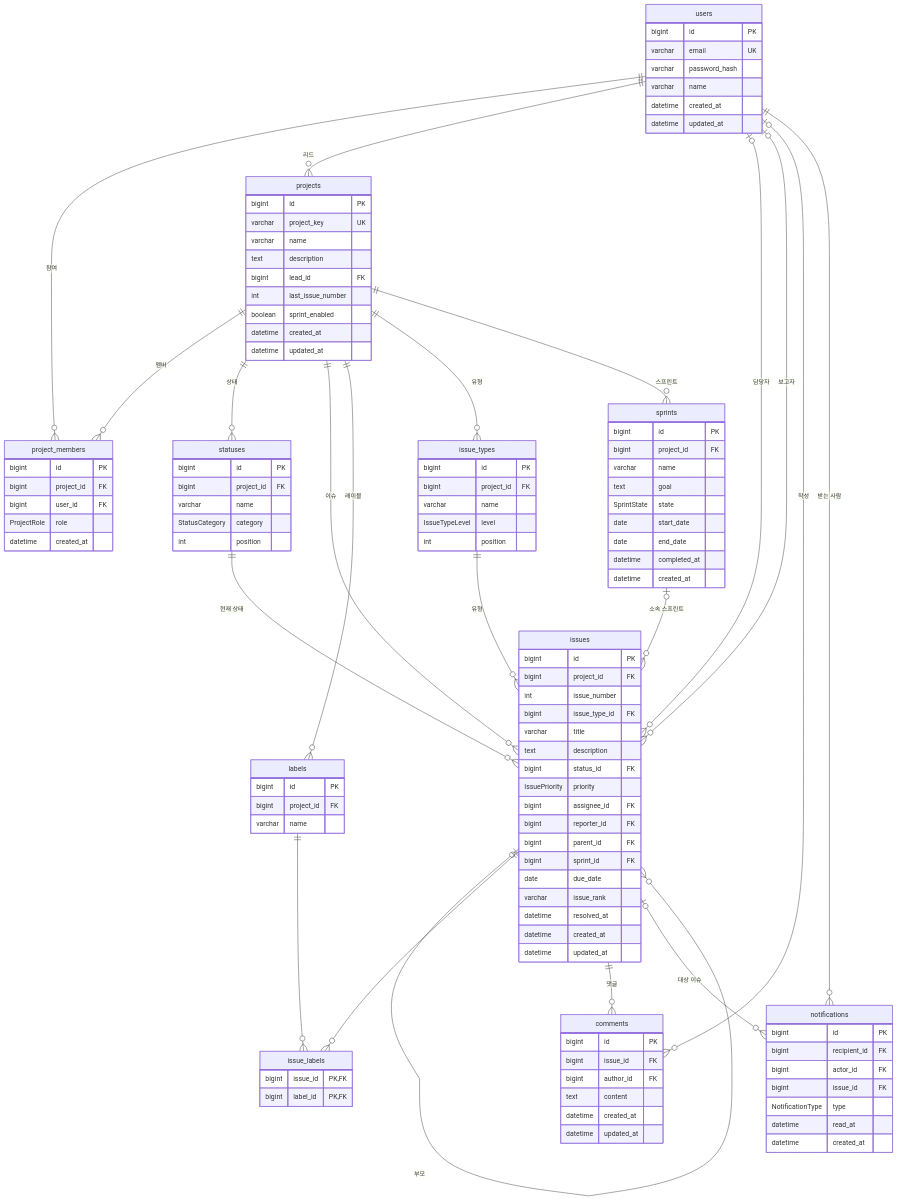
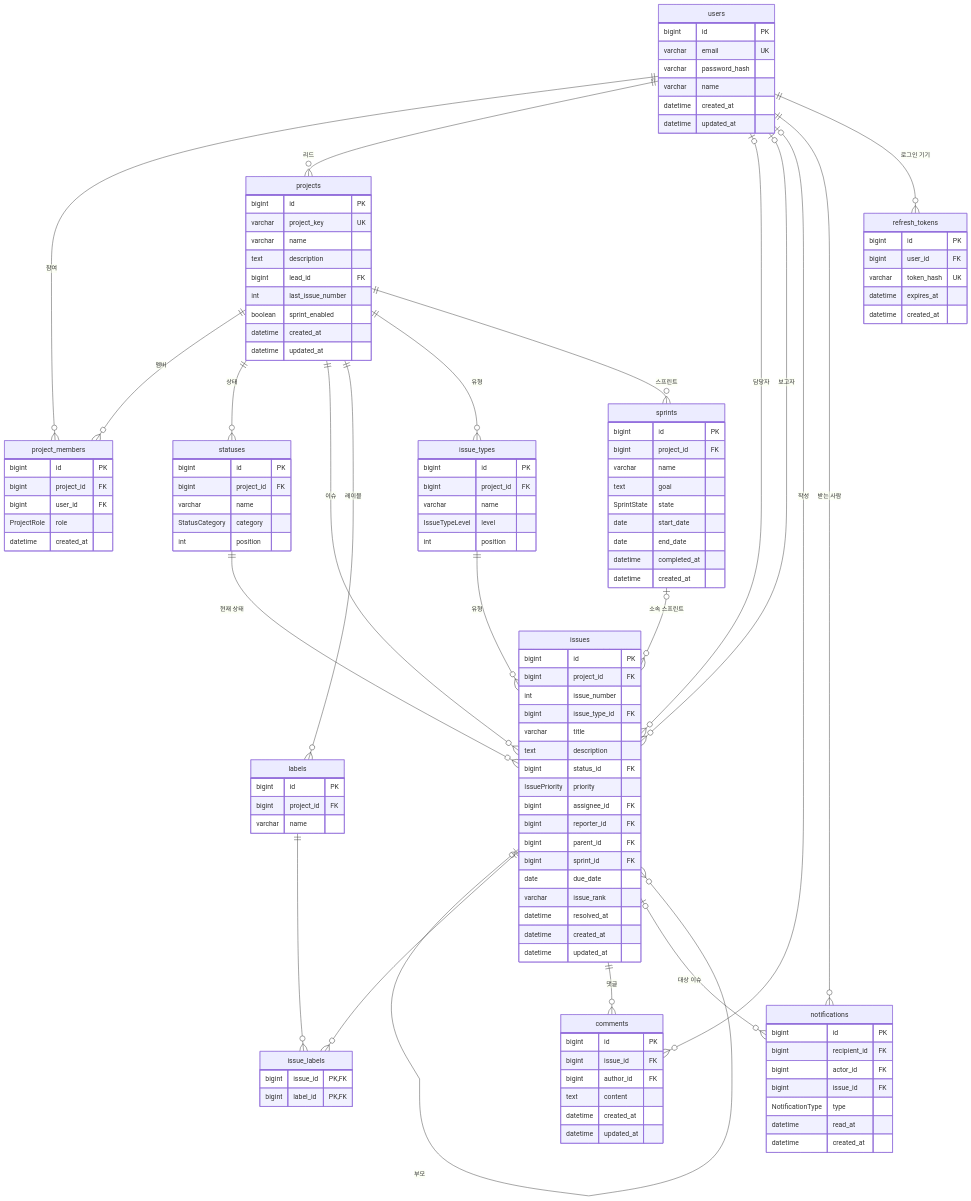
The diagram in docs/design/erd.md (tnscjf3146/scheduler), drawn with Mermaid before and after one commit. The commit also changed other lines of this file and 4 other files, not shown here.

```diff
--- a/docs/design/erd.md
+++ b/docs/design/erd.md
@@ -25,6 +25,7 @@
     issues ||--o{ comments : "댓글"
     users |o--o{ comments : "작성"
     users ||--o{ notifications : "받는 사람"
+    users ||--o{ refresh_tokens : "로그인 기기"
     issues |o--o{ notifications : "대상 이슈"
 
     users {
@@ -34,6 +35,13 @@
         varchar name
         datetime created_at
         datetime updated_at
+    }
+    refresh_tokens {
+        bigint id PK
+        bigint user_id FK
+        varchar token_hash UK
+        datetime expires_at
+        datetime created_at
     }
     projects {
         bigint id PK
```
